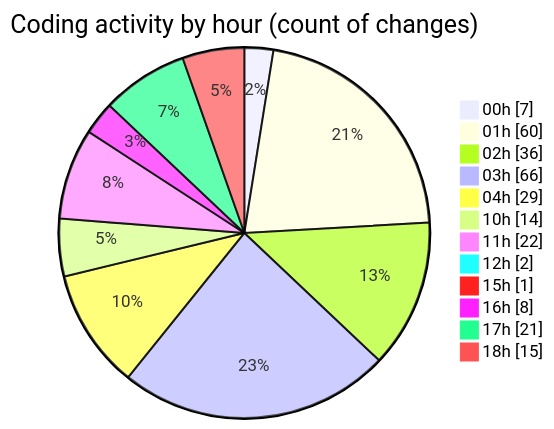
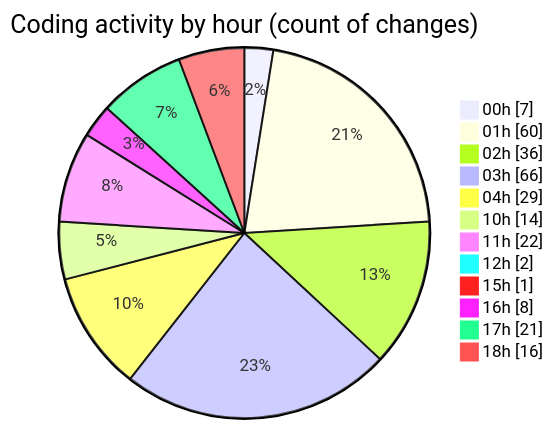
One commit to julien-gomy/code-tracking changed the second of 2 diagrams in 2025-10-07/eventscop-frontend-guide__workspace_/README.md. Above: the diagram before and after it, drawn with Mermaid. The commit also changed other lines of this file and 1 other file, not shown here.

````diff
--- a/2025-10-07/eventscop-frontend-guide__workspace_/README.md
+++ b/2025-10-07/eventscop-frontend-guide__workspace_/README.md
@@ -108,16 +108,16 @@
 ```mermaid
 pie showData
 title Coding activity by hour (count of changes)
 "00h" : 7
 "01h" : 60
 "02h" : 36
 "03h" : 66
 "04h" : 29
 "10h" : 14
 "11h" : 22
 "12h" : 2
 "15h" : 1
 "16h" : 8
 "17h" : 21
-"18h" : 15
+"18h" : 16
 ```
````
